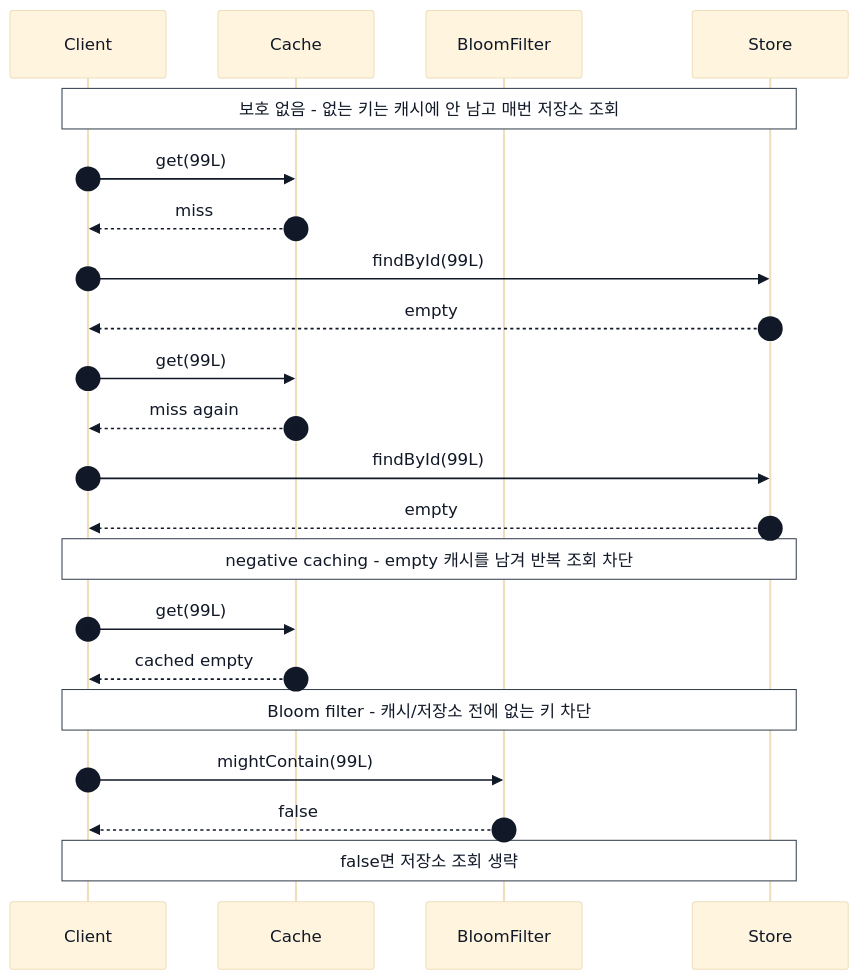
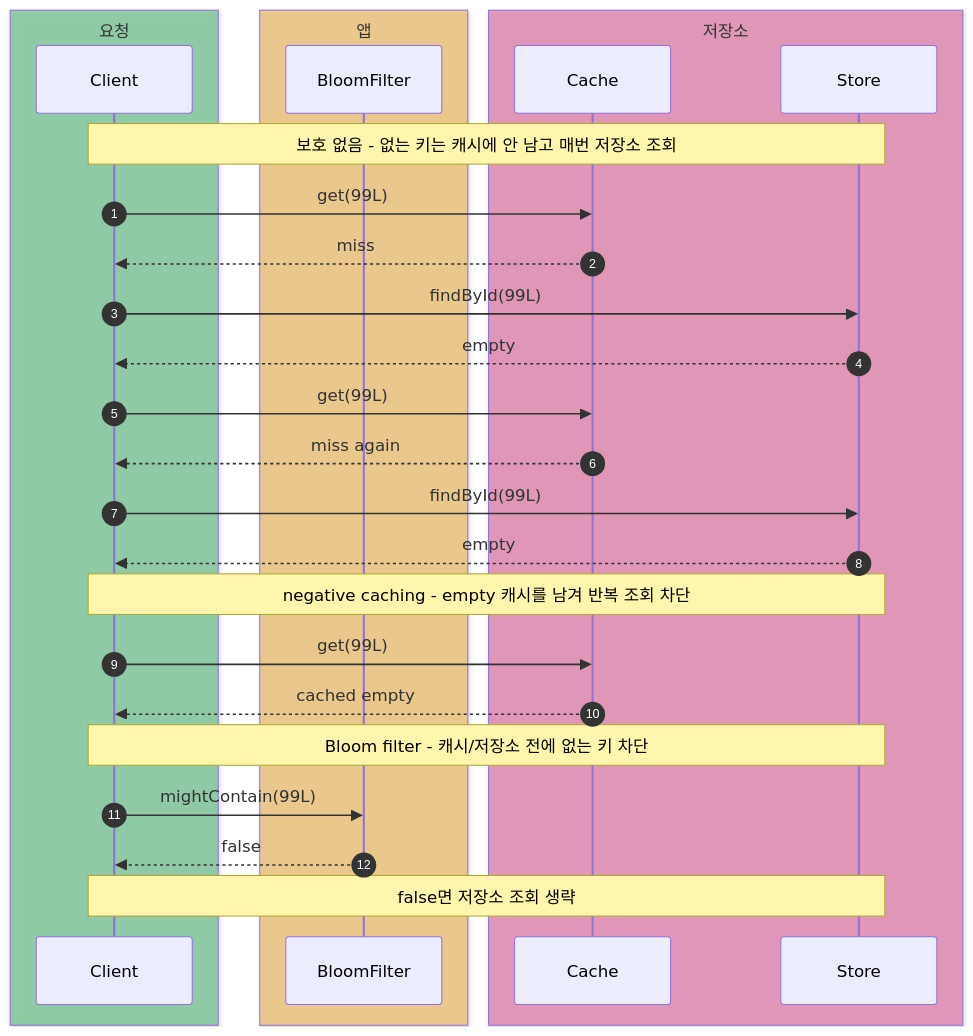
One commit to HJC96/deep-dive changed the ninth of 10 diagrams in labs/cache-patterns/README.md. Above: the diagram before and after it, drawn with Mermaid. The commit also changed other lines of this file and 4 other files, not shown here.

````diff
--- a/labs/cache-patterns/README.md
+++ b/labs/cache-patterns/README.md
@@ -600,28 +662,36 @@
 ```mermaid
-%%{init: {"theme": "base", "themeVariables": {"primaryTextColor": "#111827", "secondaryTextColor": "#111827", "tertiaryTextColor": "#111827", "actorTextColor": "#111827", "signalTextColor": "#111827", "labelTextColor": "#111827", "noteTextColor": "#111827", "noteBkgColor": "#ffffff", "noteBorderColor": "#374151", "sequenceNumberColor": "#111827"}}}%%
 sequenceDiagram
     autonumber
+
+    box rgba(22, 163, 74, 0.40) 요청
     participant Client as Client
+    end
+
+    box rgba(245, 158, 11, 0.40) 앱
+    participant Filter as BloomFilter
+    end
+
+    box rgba(219, 39, 119, 0.40) 저장소
     participant Cache as Cache
-    participant Filter as BloomFilter
     participant Store as Store
+    end
 
     Note over Client,Store: 보호 없음 - 없는 키는 캐시에 안 남고 매번 저장소 조회
     Client->>Cache: get(99L)
     Cache-->>Client: miss
     Client->>Store: findById(99L)
     Store-->>Client: empty
     Client->>Cache: get(99L)
     Cache-->>Client: miss again
     Client->>Store: findById(99L)
     Store-->>Client: empty
 
     Note over Client,Store: negative caching - empty 캐시를 남겨 반복 조회 차단
     Client->>Cache: get(99L)
     Cache-->>Client: cached empty
 
     Note over Client,Store: Bloom filter - 캐시/저장소 전에 없는 키 차단
     Client->>Filter: mightContain(99L)
     Filter-->>Client: false
     Note over Client,Store: false면 저장소 조회 생략
 ```
````
